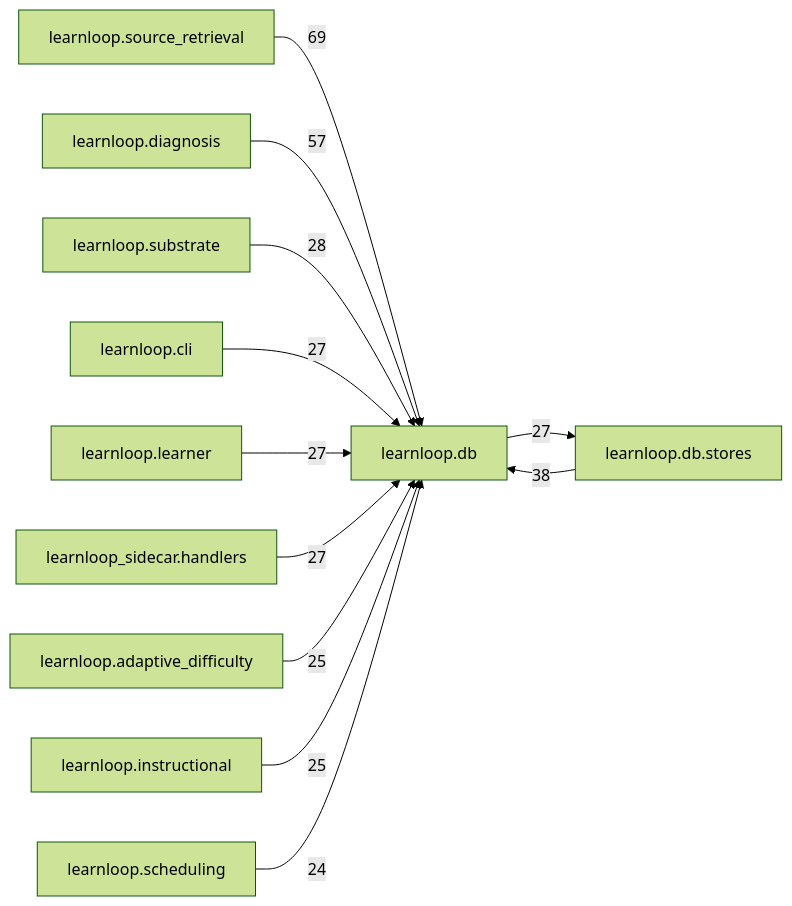
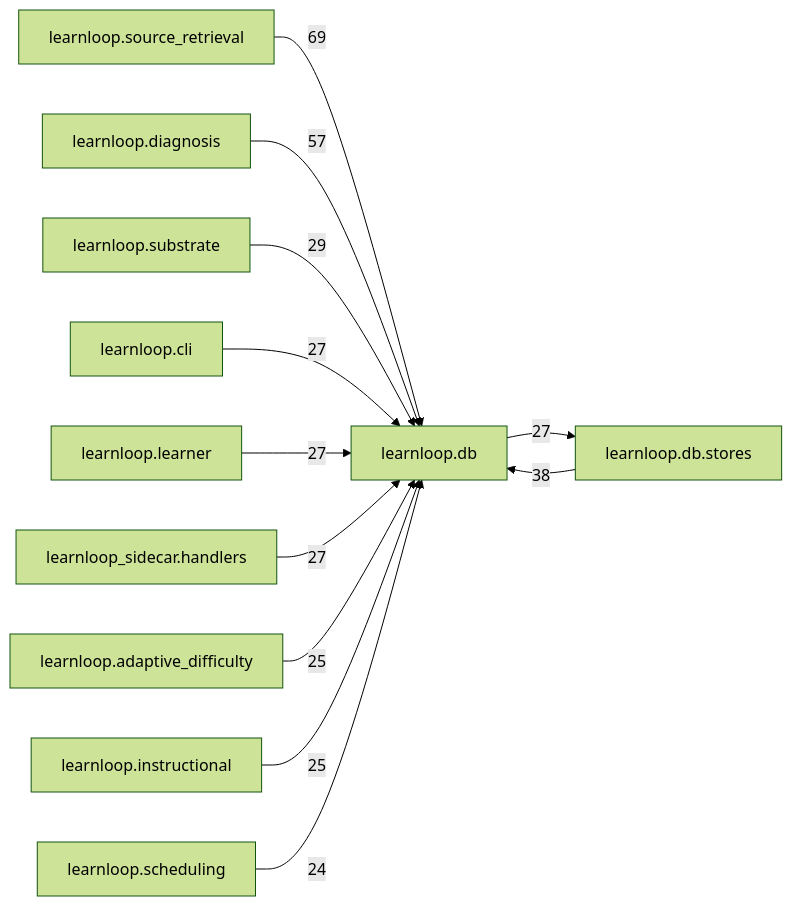
One commit to 6up-b/learnanything changed the diagram in docs/learnloop-architecture-vault/Reference/Modules/learnloop/db/_package.md. Above: the diagram before and after it, drawn with Mermaid (forest theme). The commit also changed other lines of this file and 16 other files, not shown here.

````diff
--- a/docs/learnloop-architecture-vault/Reference/Modules/learnloop/db/_package.md
+++ b/docs/learnloop-architecture-vault/Reference/Modules/learnloop/db/_package.md
@@ -156,25 +156,25 @@
 ```mermaid
 flowchart LR
     center["learnloop.db"]
     n_learnloop_source_retrieval["learnloop.source_retrieval"]
     n_learnloop_db_stores["learnloop.db.stores"]
     n_learnloop_diagnosis["learnloop.diagnosis"]
     n_learnloop_substrate["learnloop.substrate"]
     n_learnloop_cli["learnloop.cli"]
     n_learnloop_learner["learnloop.learner"]
     n_learnloop_sidecar_handlers["learnloop_sidecar.handlers"]
     n_learnloop_adaptive_difficulty["learnloop.adaptive_difficulty"]
     n_learnloop_instructional["learnloop.instructional"]
     n_learnloop_scheduling["learnloop.scheduling"]
     n_learnloop_source_retrieval -->|69| center
     n_learnloop_db_stores -->|38| center
     center -->|27| n_learnloop_db_stores
     n_learnloop_diagnosis -->|57| center
-    n_learnloop_substrate -->|28| center
+    n_learnloop_substrate -->|29| center
     n_learnloop_cli -->|27| center
     n_learnloop_learner -->|27| center
     n_learnloop_sidecar_handlers -->|27| center
     n_learnloop_adaptive_difficulty -->|25| center
     n_learnloop_instructional -->|25| center
     n_learnloop_scheduling -->|24| center
 ```
````
